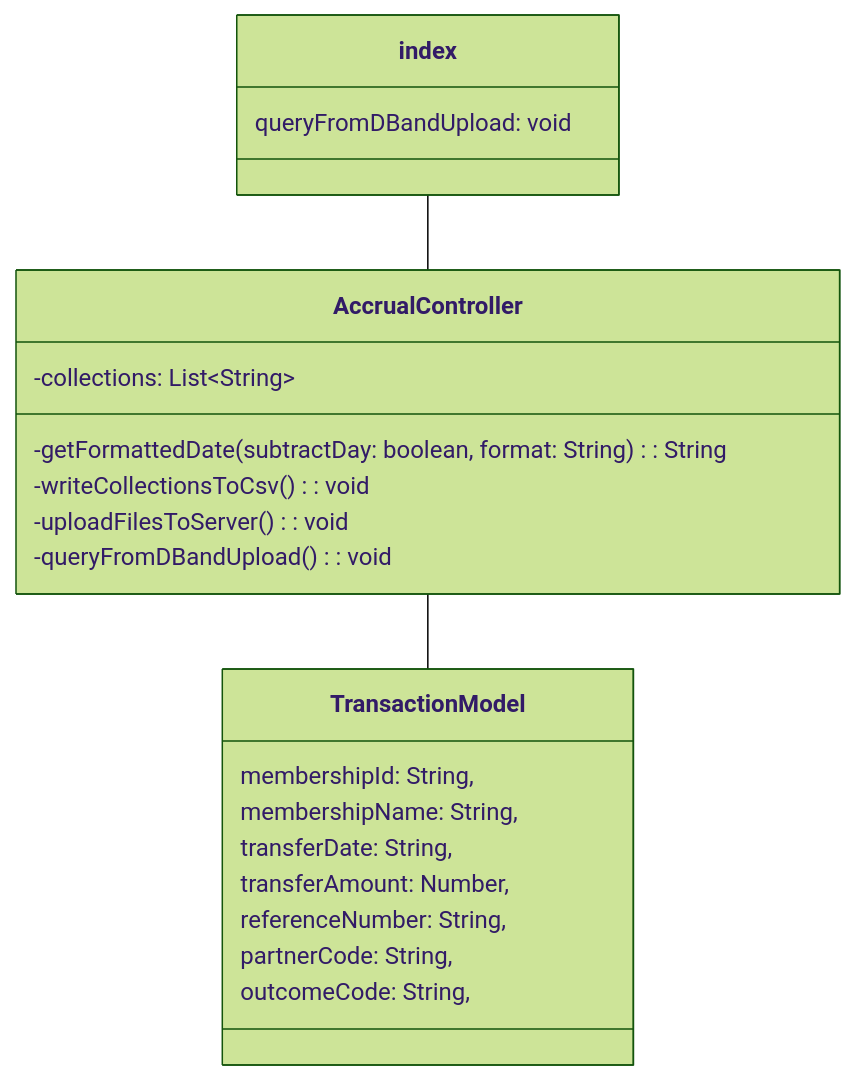
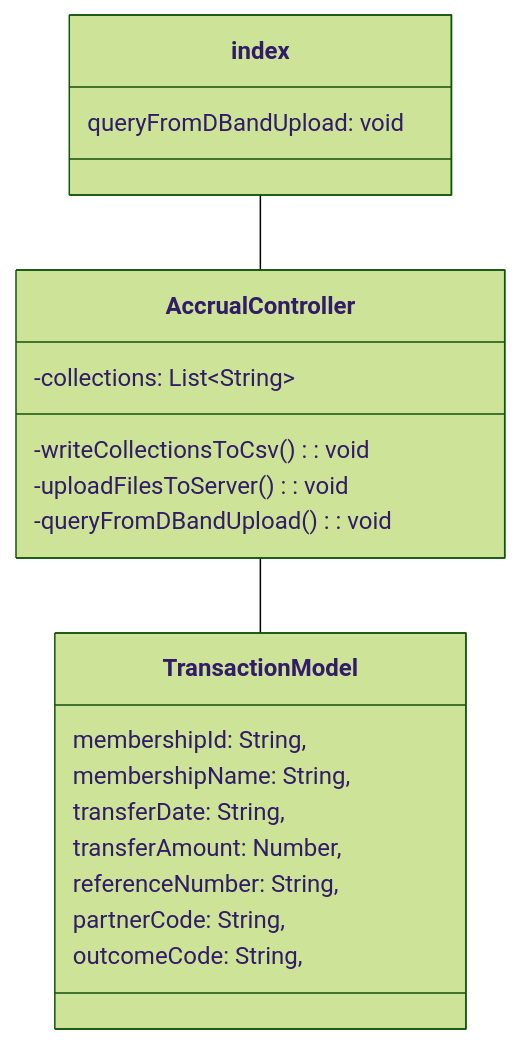
The eighth of 9 diagrams in UML Class Diagrams/mvcClass.md (Sean2309/SoftwareConstructProject), drawn with Mermaid (forest theme) before and after one commit.

Commit message:
Update mvcClass.md
removed getFormattedDate function in TransferFile SENDING API

````diff
--- a/UML Class Diagrams/mvcClass.md
+++ b/UML Class Diagrams/mvcClass.md
@@ -184,27 +184,26 @@
 ```mermaid
 classDiagram
     index -- AccrualController
     AccrualController -- TransactionModel
 
     class index{
         queryFromDBandUpload: void
     }
 
     class AccrualController{
         -collections: List<<list>String>
-        -getFormattedDate(subtractDay: boolean, format: String): String
         -writeCollectionsToCsv(): void
         -uploadFilesToServer(): void
         -queryFromDBandUpload(): void
     }
 
     class TransactionModel{
         membershipId: String,
         membershipName: String,
         transferDate: String,
         transferAmount: Number,
         referenceNumber: String,
         partnerCode: String,
         outcomeCode: String,
     }
 ```
````
